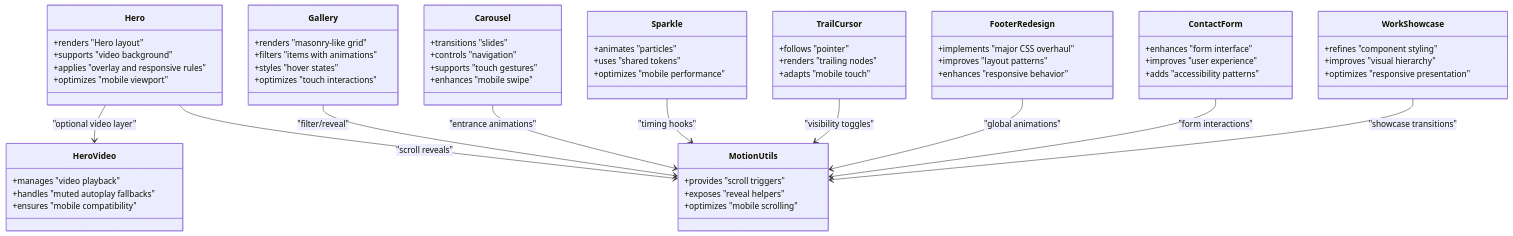
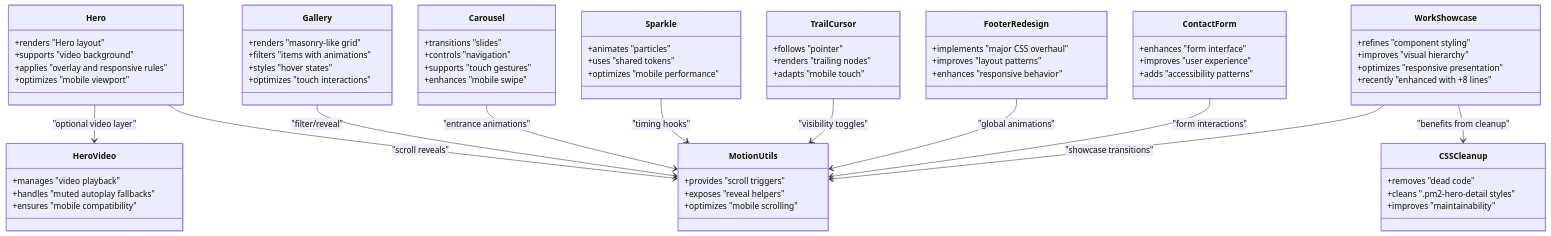
Before and after one commit to Theja4/podiummomentum: the second of 8 diagrams in .qoder/repowiki/en/content/Styling and Design System/Component Styling Patterns/Landing Page Component Styles.md, drawn with Mermaid. The commit also changed other lines of this file and 22 other files, not shown here.

````diff
--- a/.qoder/repowiki/en/content/Styling and Design System/Component Styling Patterns/Landing Page Component Styles.md
+++ b/.qoder/repowiki/en/content/Styling and Design System/Component Styling Patterns/Landing Page Component Styles.md
@@ -185,65 +185,72 @@
 ```mermaid
 classDiagram
 class Hero {
 +renders "Hero layout"
 +supports "video background"
 +applies "overlay and responsive rules"
 +optimizes "mobile viewport"
 }
 class HeroVideo {
 +manages "video playback"
 +handles "muted autoplay fallbacks"
 +ensures "mobile compatibility"
 }
 class Gallery {
 +renders "masonry-like grid"
 +filters "items with animations"
 +styles "hover states"
 +optimizes "touch interactions"
 }
 class Carousel {
 +transitions "slides"
 +controls "navigation"
 +supports "touch gestures"
 +enhances "mobile swipe"
 }
 class Sparkle {
 +animates "particles"
 +uses "shared tokens"
 +optimizes "mobile performance"
 }
 class TrailCursor {
 +follows "pointer"
 +renders "trailing nodes"
 +adapts "mobile touch"
 }
 class FooterRedesign {
 +implements "major CSS overhaul"
 +improves "layout patterns"
 +enhances "responsive behavior"
 }
 class ContactForm {
 +enhances "form interface"
 +improves "user experience"
 +adds "accessibility patterns"
 }
 class WorkShowcase {
 +refines "component styling"
 +improves "visual hierarchy"
 +optimizes "responsive presentation"
++recently "enhanced with +8 lines"
 }
 class MotionUtils {
 +provides "scroll triggers"
 +exposes "reveal helpers"
 +optimizes "mobile scrolling"
+}
+class CSSCleanup {
++removes "dead code"
++cleans ".pm2-hero-detail styles"
++improves "maintainability"
 }
 Hero --> HeroVideo : "optional video layer"
 Hero --> MotionUtils : "scroll reveals"
 Gallery --> MotionUtils : "filter/reveal"
 Carousel --> MotionUtils : "entrance animations"
 Sparkle --> MotionUtils : "timing hooks"
 TrailCursor --> MotionUtils : "visibility toggles"
 FooterRedesign --> MotionUtils : "global animations"
 ContactForm --> MotionUtils : "form interactions"
 WorkShowcase --> MotionUtils : "showcase transitions"
+WorkShowcase --> CSSCleanup : "benefits from cleanup"
 ```
````
